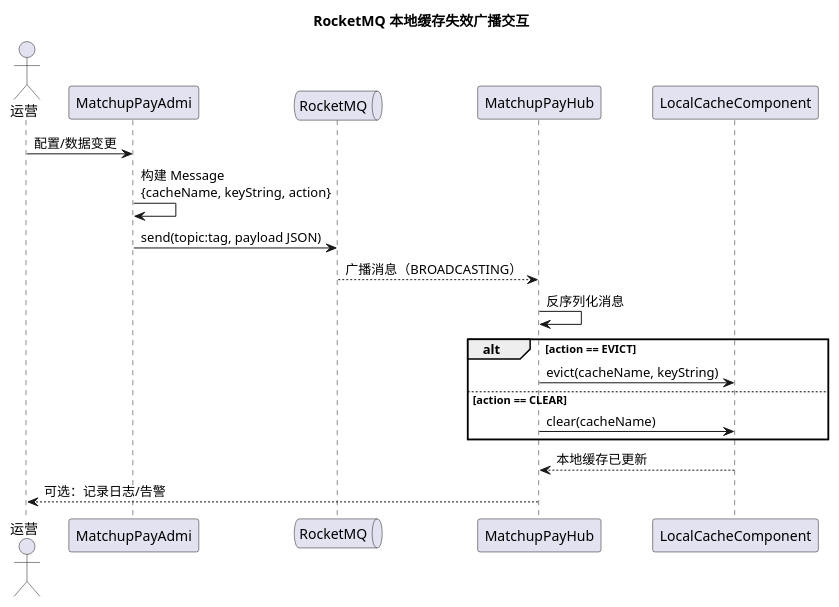
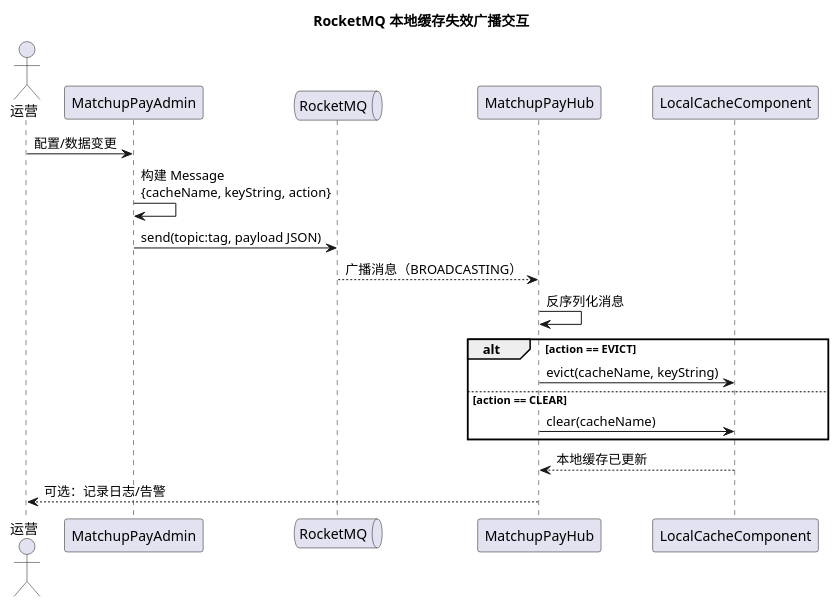
One commit to jdktomcater/java-showcase changed the diagram in showcase-design/技术/rocketmq/合天下本地缓存更新组件交互.puml. Above: the diagram before and after it, drawn with PlantUML.

Commit message:
本地缓存更新

```diff
--- a/showcase-design/技术/rocketmq/合天下本地缓存更新组件交互.puml
+++ b/showcase-design/技术/rocketmq/合天下本地缓存更新组件交互.puml
@@ -1,24 +1,24 @@
 @startuml
 title RocketMQ 本地缓存失效广播交互
 
 actor 运营 as Admin
-participant "MatchupPayAdmi" as Producer
+participant "MatchupPayAdmin" as Producer
 queue "RocketMQ" as MQ
 participant "MatchupPayHub" as Consumer
 participant "LocalCacheComponent" as Cache
 
 Admin -> Producer: 配置/数据变更
 Producer -> Producer: 构建 Message\n{cacheName, keyString, action}
 Producer -> MQ: send(topic:tag, payload JSON)
 
 MQ --> Consumer: 广播消息（BROADCASTING）
 Consumer -> Consumer: 反序列化消息
 alt action == EVICT
   Consumer -> Cache: evict(cacheName, keyString)
 else action == CLEAR
   Consumer -> Cache: clear(cacheName)
 end
 Cache --> Consumer: 本地缓存已更新
 Consumer --> Admin: 可选：记录日志/告警
 
 @enduml
```
